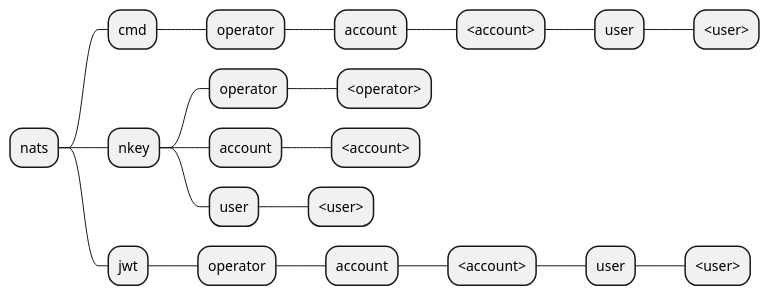
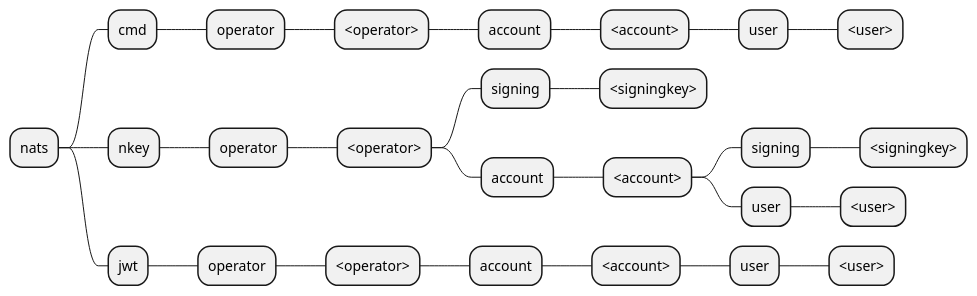
One commit to edgefarm/vault-plugin-secrets-nats changed the diagram in docs/api.puml. Above: the diagram before and after it, drawn with PlantUML. The commit also changed 50 other files, not shown here.

```diff
--- a/docs/api.puml
+++ b/docs/api.puml
@@ -1,23 +1,29 @@
 @startmindmap
 * nats
 ** cmd
 *** operator
-**** account
-***** <account>
-****** user
-******* <user>
+**** <operator>
+***** account
+****** <account>
+******* user
+******** <user>
 ** nkey
 *** operator
 **** <operator>
-*** account
-**** <account>
-*** user
-**** <user>
+***** signing
+****** <signingkey>
+***** account
+****** <account>
+******* signing
+******** <signingkey>
+******* user
+******** <user>
 ** jwt
 *** operator
-**** account
-***** <account>
-****** user
-******* <user>
+**** <operator>
+***** account
+****** <account>
+******* user
+******** <user>
 
 @endmindmap
```
